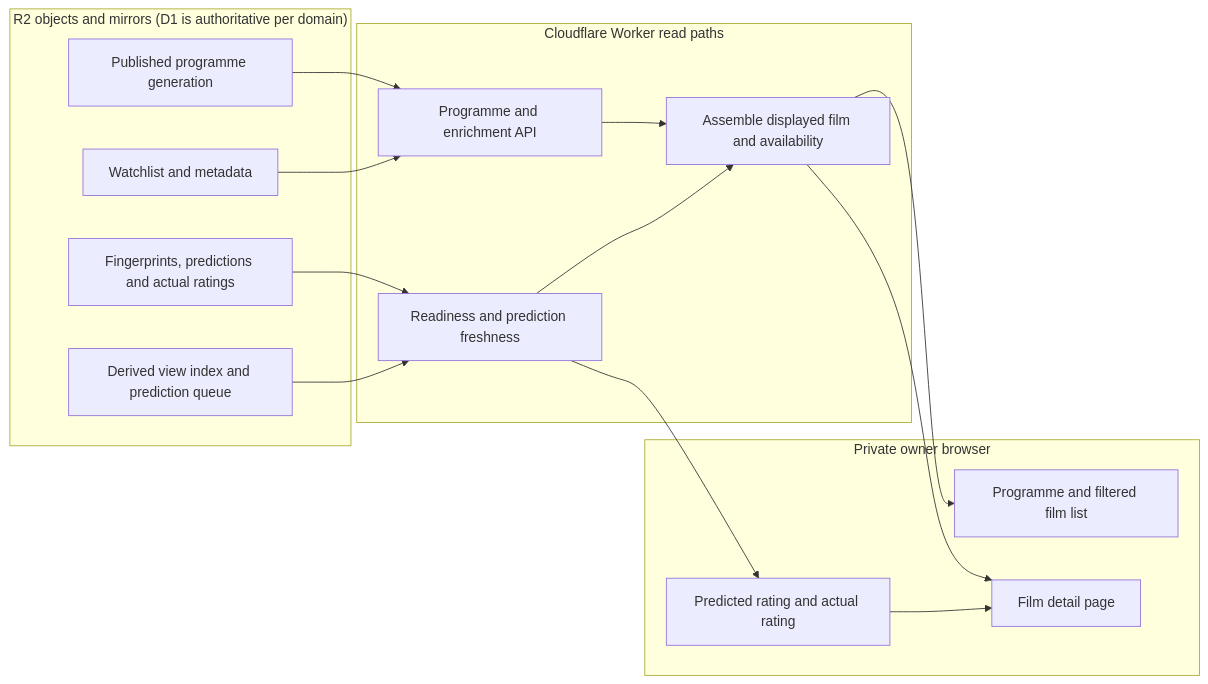
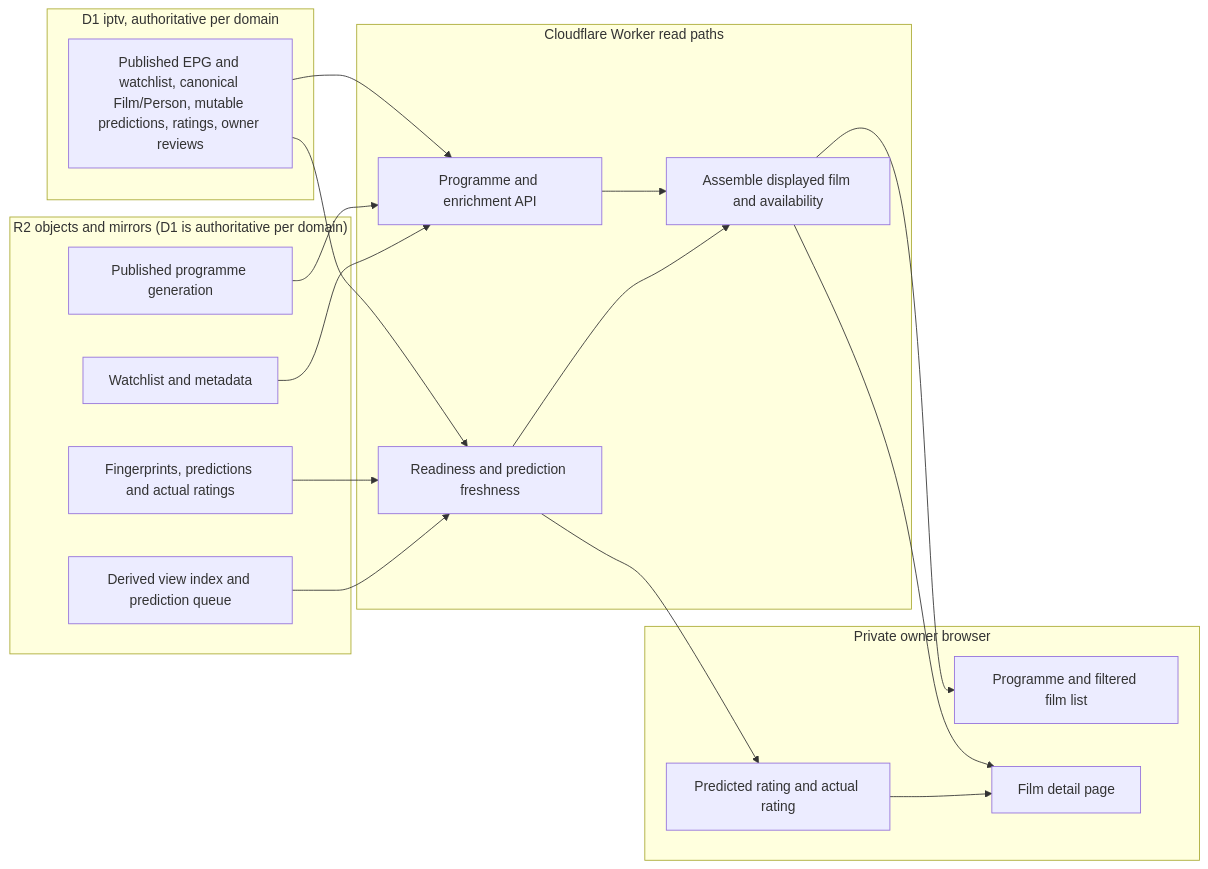
Before and after one commit to vladimino/iptv-watchlist: the diagram in docs/architecture/ui-and-read-models.md, drawn with Mermaid. The commit also changed other lines of this file and 4 other files, not shown here.

````diff
--- a/docs/architecture/ui-and-read-models.md
+++ b/docs/architecture/ui-and-read-models.md
@@ -5,29 +5,34 @@
 ```mermaid
 flowchart LR
     subgraph Storage["R2 objects and mirrors (D1 is authoritative per domain)"]
         programme["Published programme generation"]
         watchlist["Watchlist and metadata"]
         enrichment["Fingerprints, predictions and actual ratings"]
         index["Derived view index and prediction queue"]
+    end
+    subgraph Authority["D1 iptv, authoritative per domain"]
+        d1read["Published EPG and watchlist, canonical Film/Person, mutable predictions, ratings, owner reviews"]
     end
     subgraph Server["Cloudflare Worker read paths"]
         api["Programme and enrichment API"]
         combine["Assemble displayed film and availability"]
         ready["Readiness and prediction freshness"]
     end
     subgraph UI["Private owner browser"]
         shortlist["Programme and filtered film list"]
         details["Film detail page"]
         ratings["Predicted rating and actual rating"]
     end
+    d1read --> api
+    d1read --> ready
     programme --> api
     watchlist --> api
     enrichment --> ready
     index --> ready
     api --> combine
     ready --> combine
     combine --> shortlist
     combine --> details
     ready --> ratings
     ratings --> details
 ```
````
